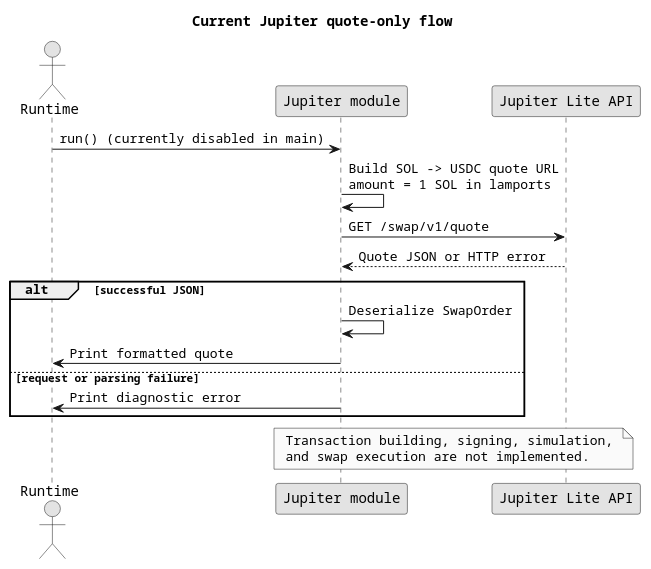
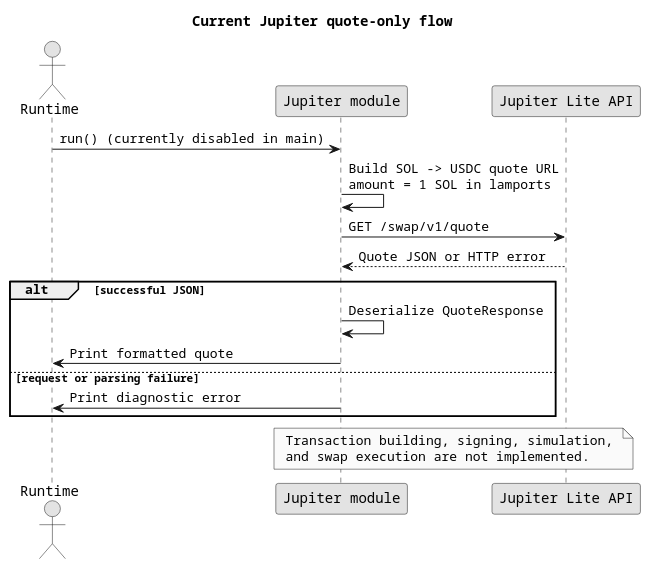
The diagram in docs/architecture/jupiter_swap_flow.puml (kuras120/CryptoArbitrage), drawn with PlantUML before and after one commit. The commit also changed 4 other files, not shown here.

```diff
--- a/docs/architecture/jupiter_swap_flow.puml
+++ b/docs/architecture/jupiter_swap_flow.puml
@@ -1,29 +1,29 @@
 @startuml JupiterQuoteFlow
 title Current Jupiter quote-only flow
 
 skinparam monochrome true
 skinparam defaultFontName Courier
 skinparam shadowing false
 
 actor "Runtime" as Runtime
 participant "Jupiter module" as Jupiter
 participant "Jupiter Lite API" as API
 
 Runtime -> Jupiter : run() (currently disabled in main)
 Jupiter -> Jupiter : Build SOL -> USDC quote URL\namount = 1 SOL in lamports
 Jupiter -> API : GET /swap/v1/quote
 API --> Jupiter : Quote JSON or HTTP error
 
 alt successful JSON
-  Jupiter -> Jupiter : Deserialize SwapOrder
+  Jupiter -> Jupiter : Deserialize QuoteResponse
   Jupiter -> Runtime : Print formatted quote
 else request or parsing failure
   Jupiter -> Runtime : Print diagnostic error
 end
 
 note over Jupiter, API
 Transaction building, signing, simulation,
 and swap execution are not implemented.
 end note
 
 @enduml
```
